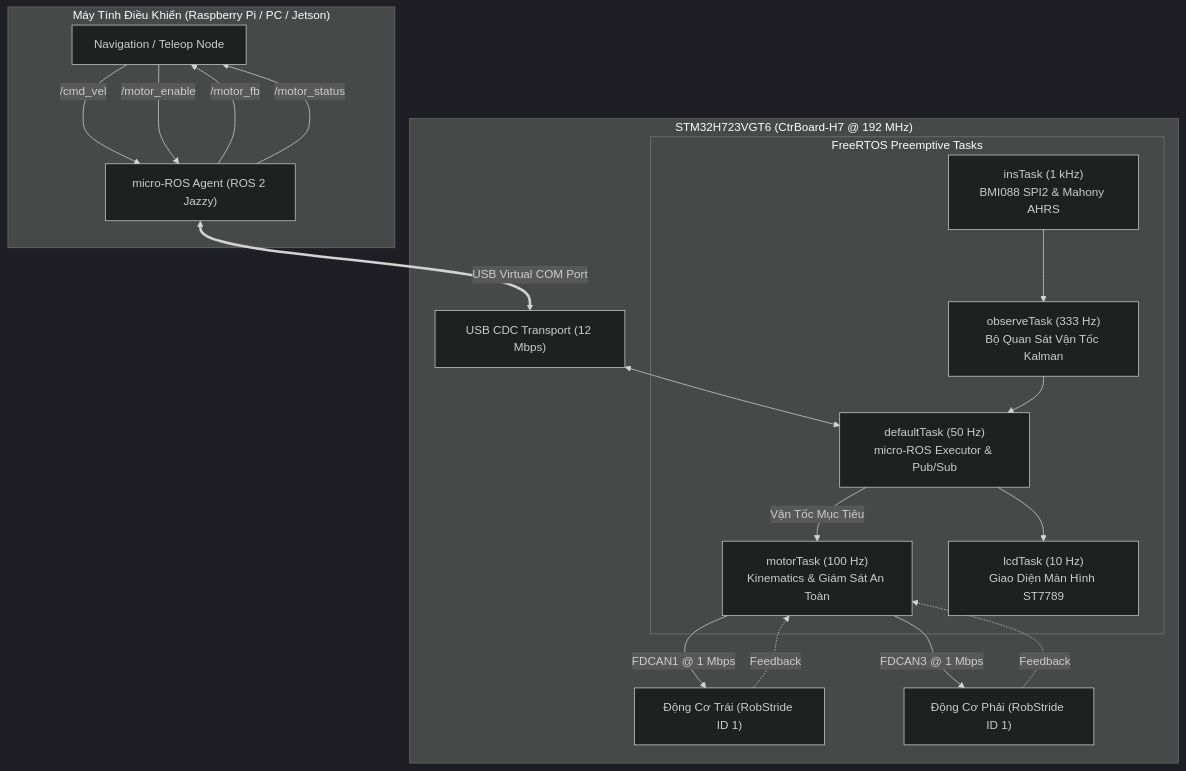
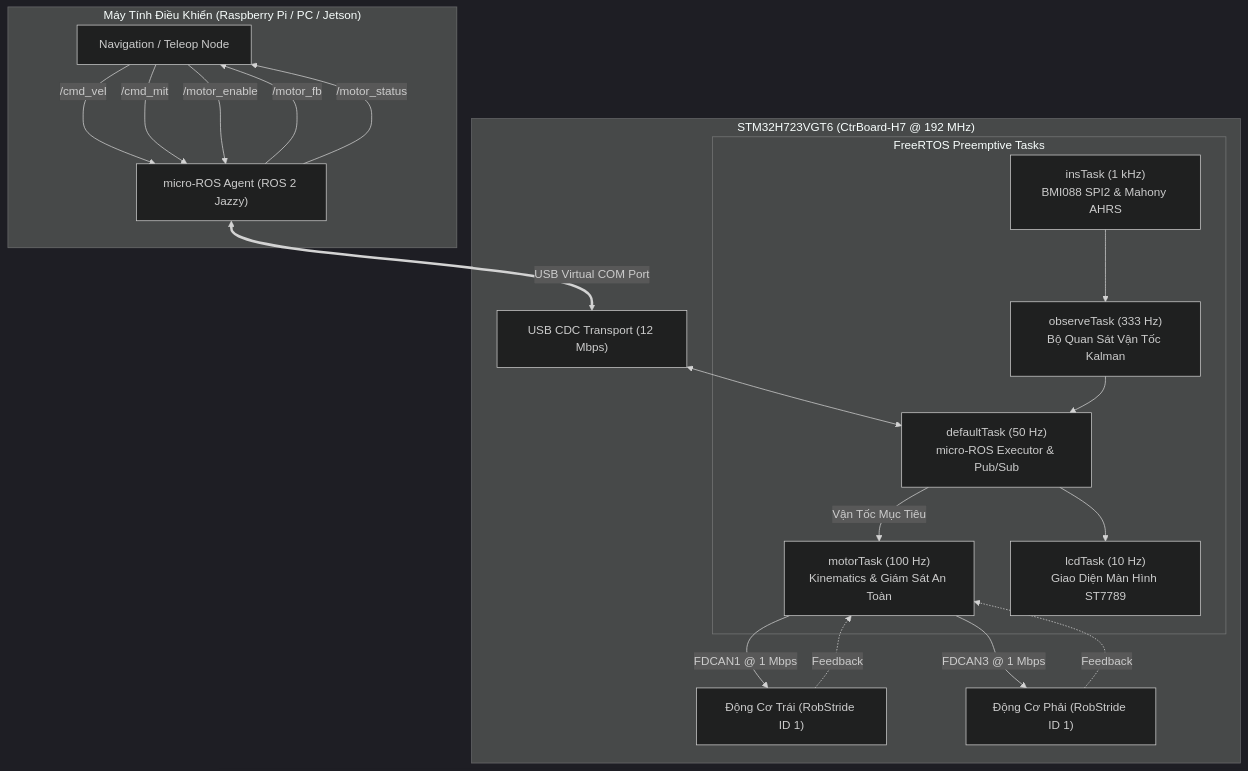
Before and after one commit to nguyenbinh-shark/Microros_H723_USB: the diagram in README.vi.md, drawn with Mermaid (dark theme). The commit also changed other lines of this file and 36 other files, not shown here.

````diff
--- a/README.vi.md
+++ b/README.vi.md
@@ -25,34 +25,35 @@
 ```mermaid
 graph TD
     subgraph Host["Máy Tính Điều Khiển (Raspberry Pi / PC / Jetson)"]
         Nav2["Navigation / Teleop Node"]
         Agent["micro-ROS Agent (ROS 2 Jazzy)"]
         Nav2 -->|/cmd_vel| Agent
+        Nav2 -->|/cmd_mit| Agent
         Nav2 -->|/motor_enable| Agent
         Agent -->|/motor_fb| Nav2
         Agent -->|/motor_status| Nav2
     end
 
     subgraph MCU["STM32H723VGT6 (CtrBoard-H7 @ 192 MHz)"]
         USB["USB CDC Transport (12 Mbps)"]
         Agent <==>|USB Virtual COM Port| USB
 
         subgraph Tasks["FreeRTOS Preemptive Tasks"]
             defaultTask["defaultTask (50 Hz)<br>micro-ROS Executor & Pub/Sub"]
             motorTask["motorTask (100 Hz)<br>Kinematics & Giám Sát An Toàn"]
             observeTask["observeTask (333 Hz)<br>Bộ Quan Sát Vận Tốc Kalman"]
             insTask["insTask (1 kHz)<br>BMI088 SPI2 & Mahony AHRS"]
             lcdTask["lcdTask (10 Hz)<br>Giao Diện Màn Hình ST7789"]
         end
 
         USB <--> defaultTask
         defaultTask -->|Vận Tốc Mục Tiêu| motorTask
         motorTask -->|FDCAN1 @ 1 Mbps| MotorL["Động Cơ Trái (RobStride ID 1)"]
         motorTask -->|FDCAN3 @ 1 Mbps| MotorR["Động Cơ Phải (RobStride ID 1)"]
         MotorL -.->|Feedback| motorTask
         MotorR -.->|Feedback| motorTask
         insTask --> observeTask
         observeTask --> defaultTask
         defaultTask --> lcdTask
     end
 ```
````
